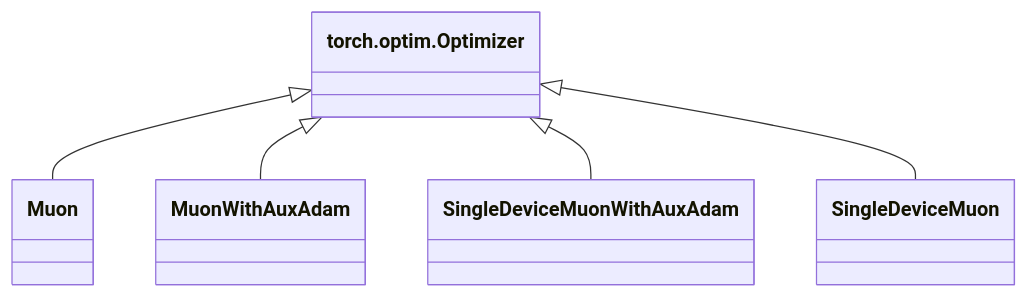
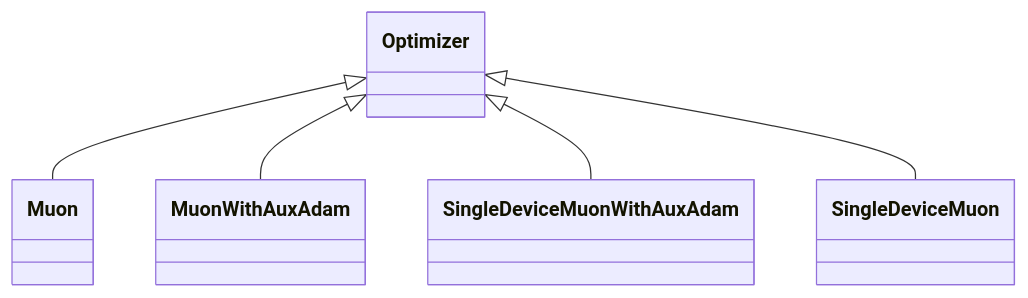
Before and after one commit to guo-sj/guo-sj.github.io: the second of 2 diagrams in docs/_posts/2026-01-28-muon-optimizer.md, drawn with Mermaid. The commit also changed other lines of this file, not shown here.

Commit message:
update the post <muon>

```diff
--- a/docs/_posts/2026-01-28-muon-optimizer.md
+++ b/docs/_posts/2026-01-28-muon-optimizer.md
@@ -172,8 +172,8 @@
 <div class="mermaid">
 classDiagram
 
-`torch.optim.Optimizer` <|-- Muon
-`torch.optim.Optimizer` <|-- MuonWithAuxAdam
-`torch.optim.Optimizer` <|-- SingleDeviceMuonWithAuxAdam
-`torch.optim.Optimizer` <|-- SingleDeviceMuon
+Optimizer <|-- Muon
+Optimizer <|-- MuonWithAuxAdam
+Optimizer <|-- SingleDeviceMuonWithAuxAdam
+Optimizer <|-- SingleDeviceMuon
 </div>
```
